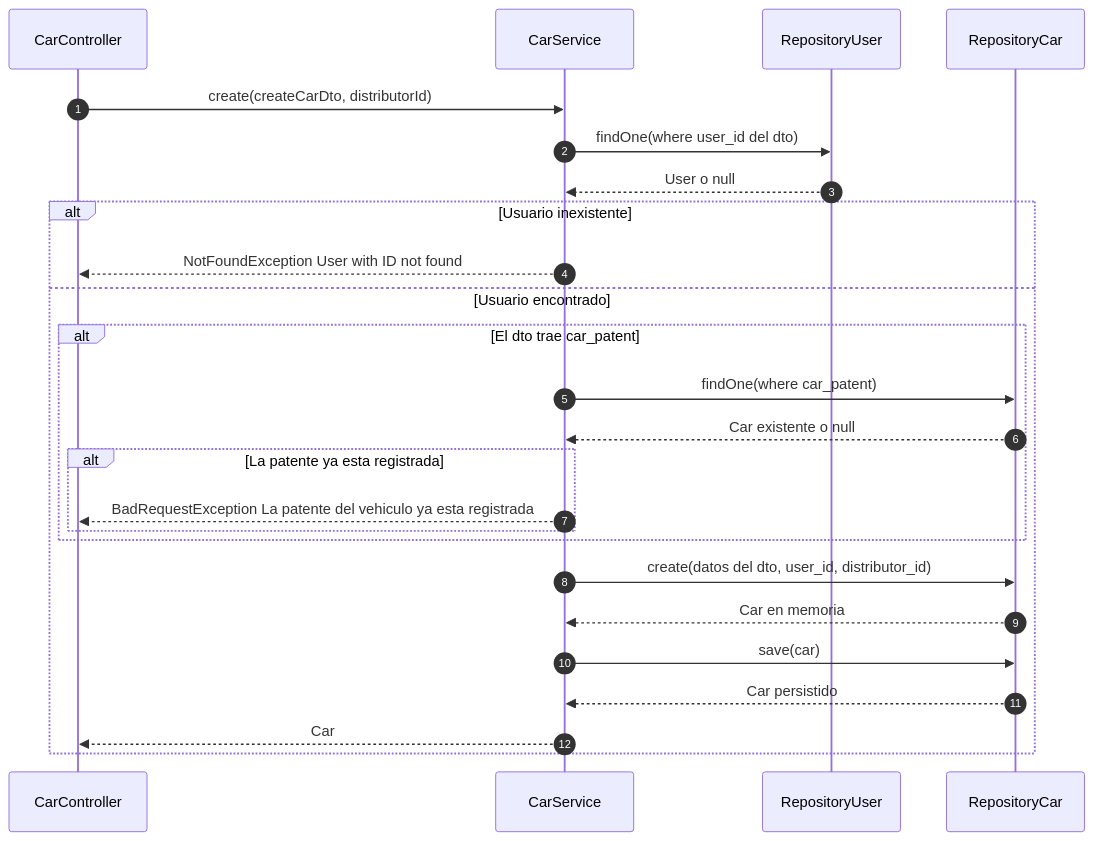
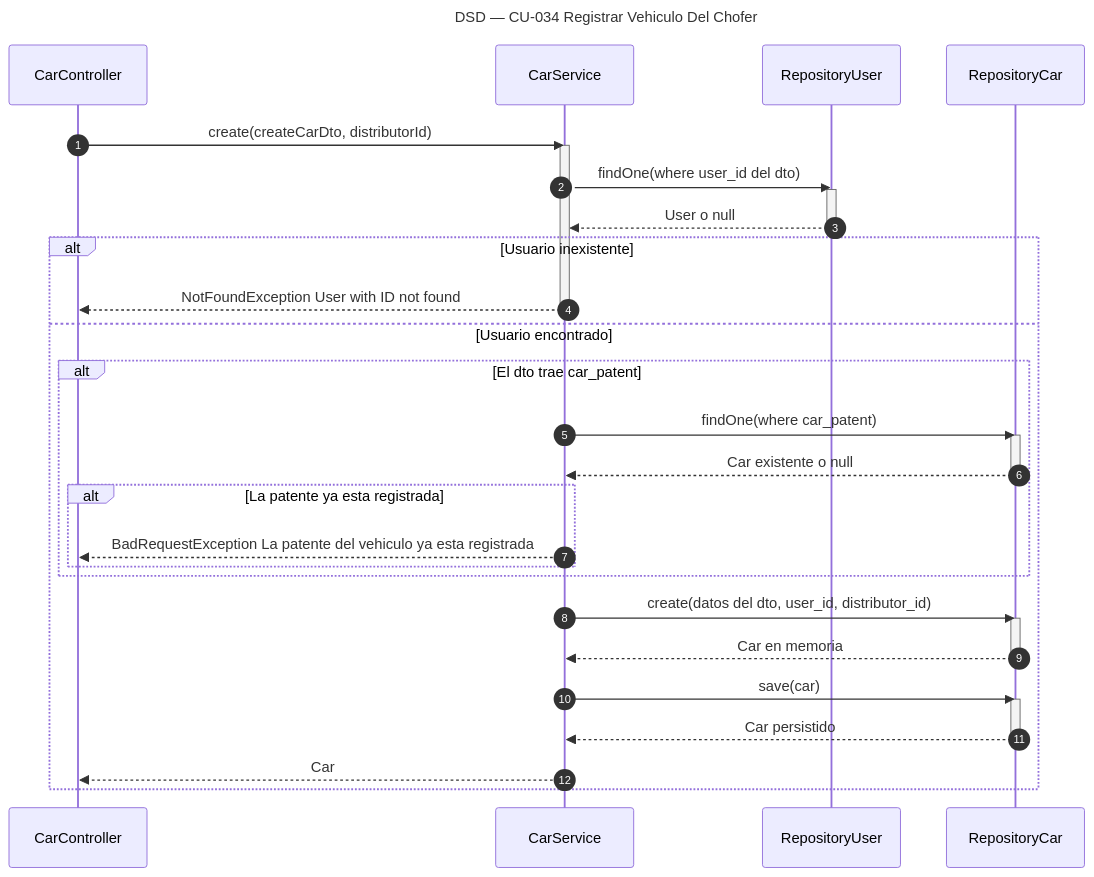
One commit to Nahuelito-Dev/splg-docs changed the diagram in diagramas/DSD_CU-034_Registrar-Vehiculo-Del-Chofer.mmd. Above: the diagram before and after it, drawn with Mermaid. The commit also changed 296 other files, not shown here.

First line of the commit message:
feat(notacion): completar la notación UML de los 293 diagramas de secuencia

```diff
--- a/diagramas/DSD_CU-034_Registrar-Vehiculo-Del-Chofer.mmd
+++ b/diagramas/DSD_CU-034_Registrar-Vehiculo-Del-Chofer.mmd
@@ -1,26 +1,37 @@
 sequenceDiagram
+    title DSD — CU-034 Registrar Vehiculo Del Chofer
     autonumber
     participant CTRL as CarController
     participant SRV as CarService
     participant UREP as RepositoryUser
     participant CREP as RepositoryCar
 
     CTRL->>SRV: create(createCarDto, distributorId)
+    activate SRV
     SRV->>UREP: findOne(where user_id del dto)
+    activate UREP
     UREP-->>SRV: User o null
+    deactivate UREP
     alt Usuario inexistente
         SRV-->>CTRL: NotFoundException User with ID not found
+        deactivate SRV
     else Usuario encontrado
         alt El dto trae car_patent
             SRV->>CREP: findOne(where car_patent)
+            activate CREP
             CREP-->>SRV: Car existente o null
+            deactivate CREP
             alt La patente ya esta registrada
                 SRV-->>CTRL: BadRequestException La patente del vehiculo ya esta registrada
             end
         end
         SRV->>CREP: create(datos del dto, user_id, distributor_id)
+        activate CREP
         CREP-->>SRV: Car en memoria
+        deactivate CREP
         SRV->>CREP: save(car)
+        activate CREP
         CREP-->>SRV: Car persistido
+        deactivate CREP
         SRV-->>CTRL: Car
     end
```
